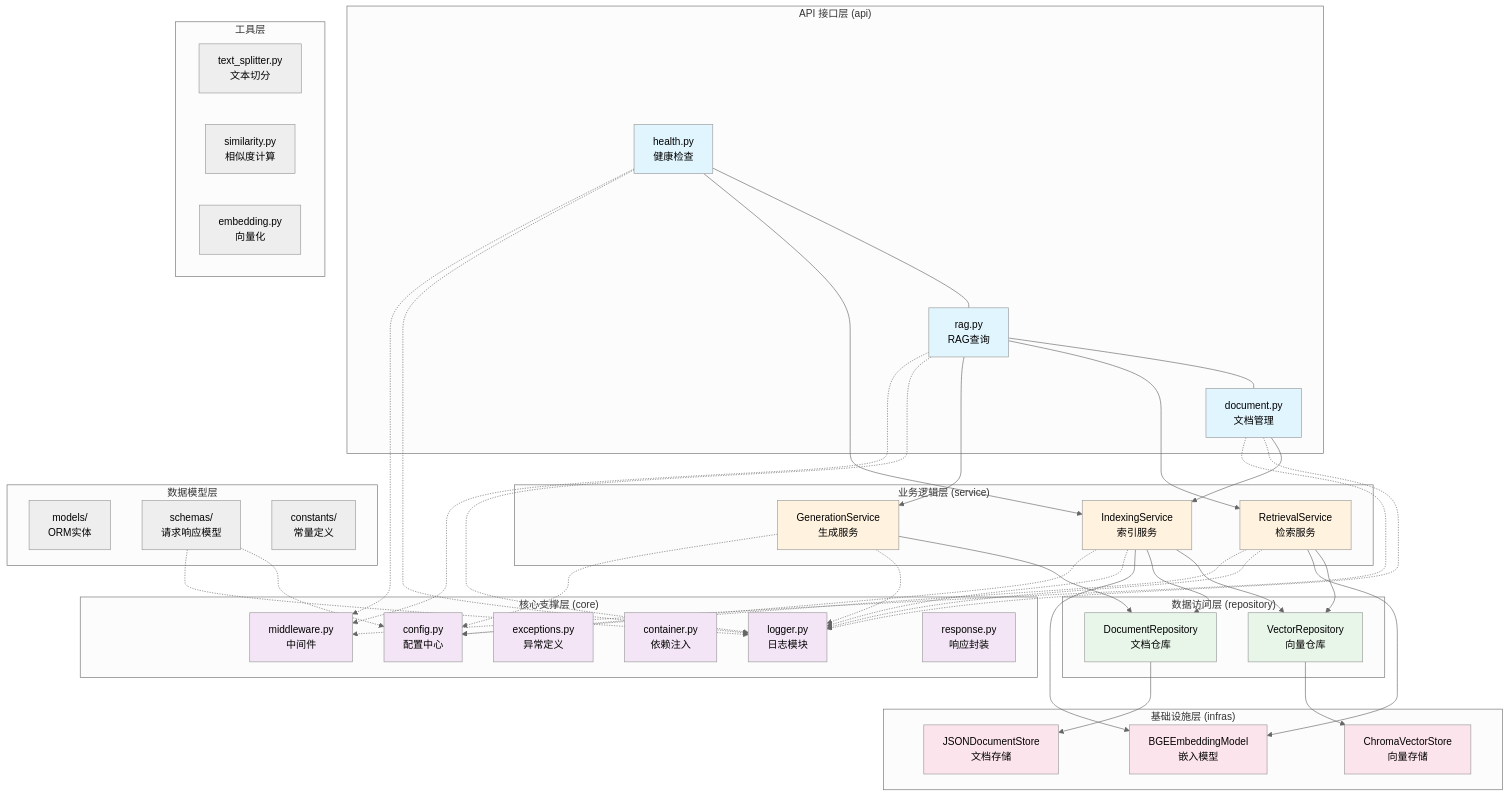
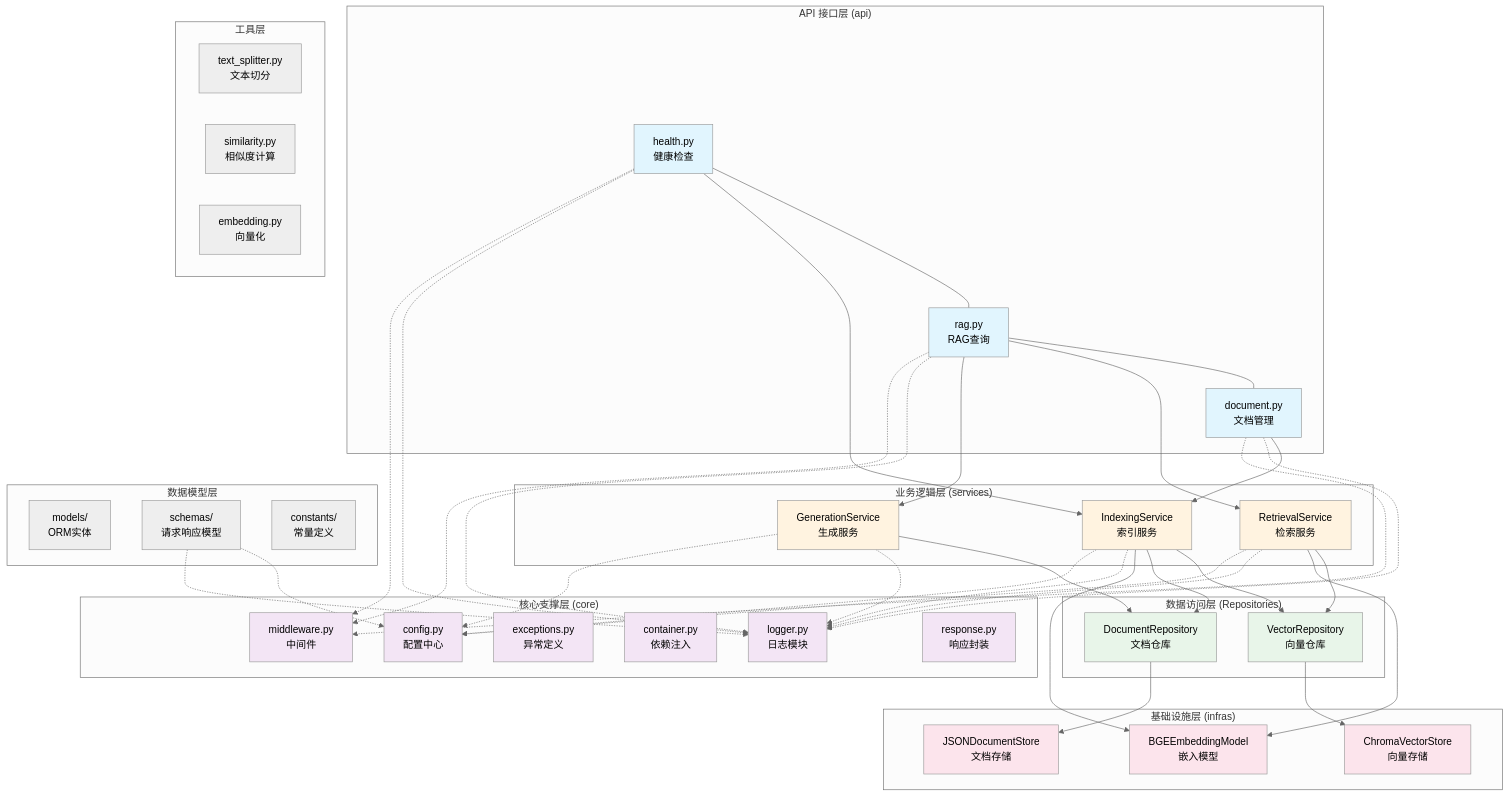
One commit to chain-engine/x-rag changed the first of 4 diagrams in README.md. Above: the diagram before and after it, drawn with Mermaid (neutral theme). The commit also changed other lines of this file and 16 other files, not shown here.

Commit message:
feat: rename repository and service directories

```diff
--- a/README.md
+++ b/README.md
@@ -105,13 +108,13 @@
         A1 --- A2 --- A3
     end
 
-    subgraph "业务逻辑层 (service)"
+    subgraph "业务逻辑层 (services)"
         S1["IndexingService<br/>索引服务"]
         S2["RetrievalService<br/>检索服务"]
         S3["GenerationService<br/>生成服务"]
     end
 
-    subgraph "数据访问层 (repository)"
+    subgraph "数据访问层 (Repositories)"
         R1["VectorRepository<br/>向量仓库"]
         R2["DocumentRepository<br/>文档仓库"]
     end
```
